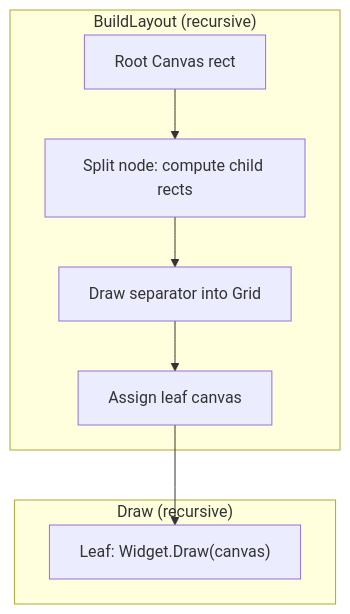
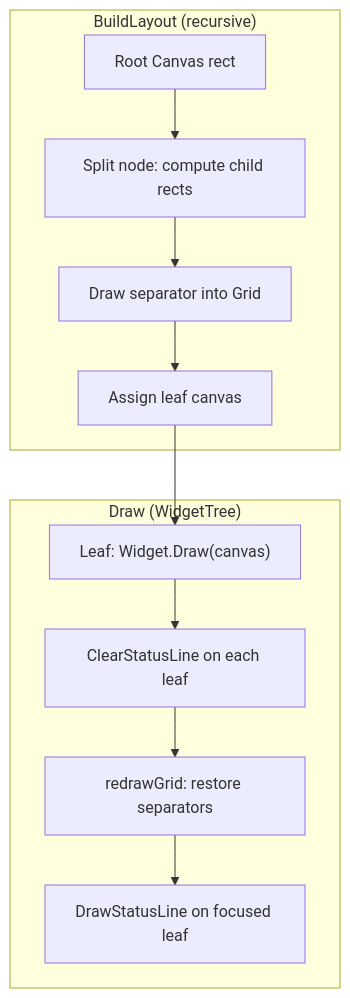
Before and after one commit to yairgd/gdbforge: the third of 7 diagrams in docs/UI_ARCHITECTURE.md, drawn with Mermaid. The commit also changed other lines of this file and 7 other files, not shown here.

````diff
--- a/docs/UI_ARCHITECTURE.md
+++ b/docs/UI_ARCHITECTURE.md
@@ -175,15 +189,18 @@
 ```mermaid
 flowchart TB
     subgraph BuildLayout["BuildLayout (recursive)"]
         R["Root Canvas rect"]
         Split["Split node: compute child rects"]
         Border["Draw separator into Grid"]
         Assign["Assign leaf canvas"]
         R --> Split --> Border --> Assign
     end
 
-    subgraph DrawPhase["Draw (recursive)"]
+    subgraph DrawPhase["Draw (WidgetTree)"]
         Leaf["Leaf: Widget.Draw(canvas)"]
-        Assign --> Leaf
+        Clear["ClearStatusLine on each leaf"]
+        Restore["redrawGrid: restore separators"]
+        Status["DrawStatusLine on focused leaf"]
+        Assign --> Leaf --> Clear --> Restore --> Status
     end
 ```
````
